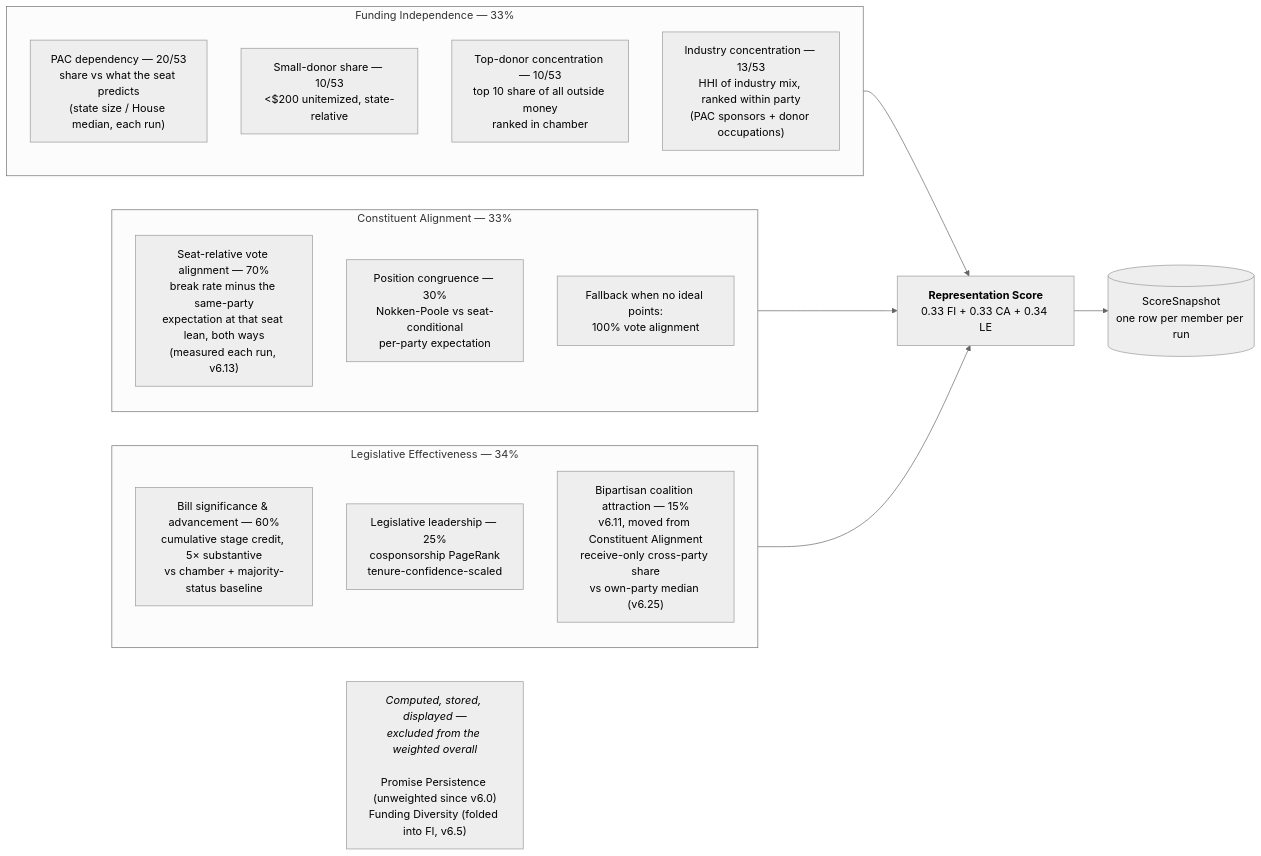
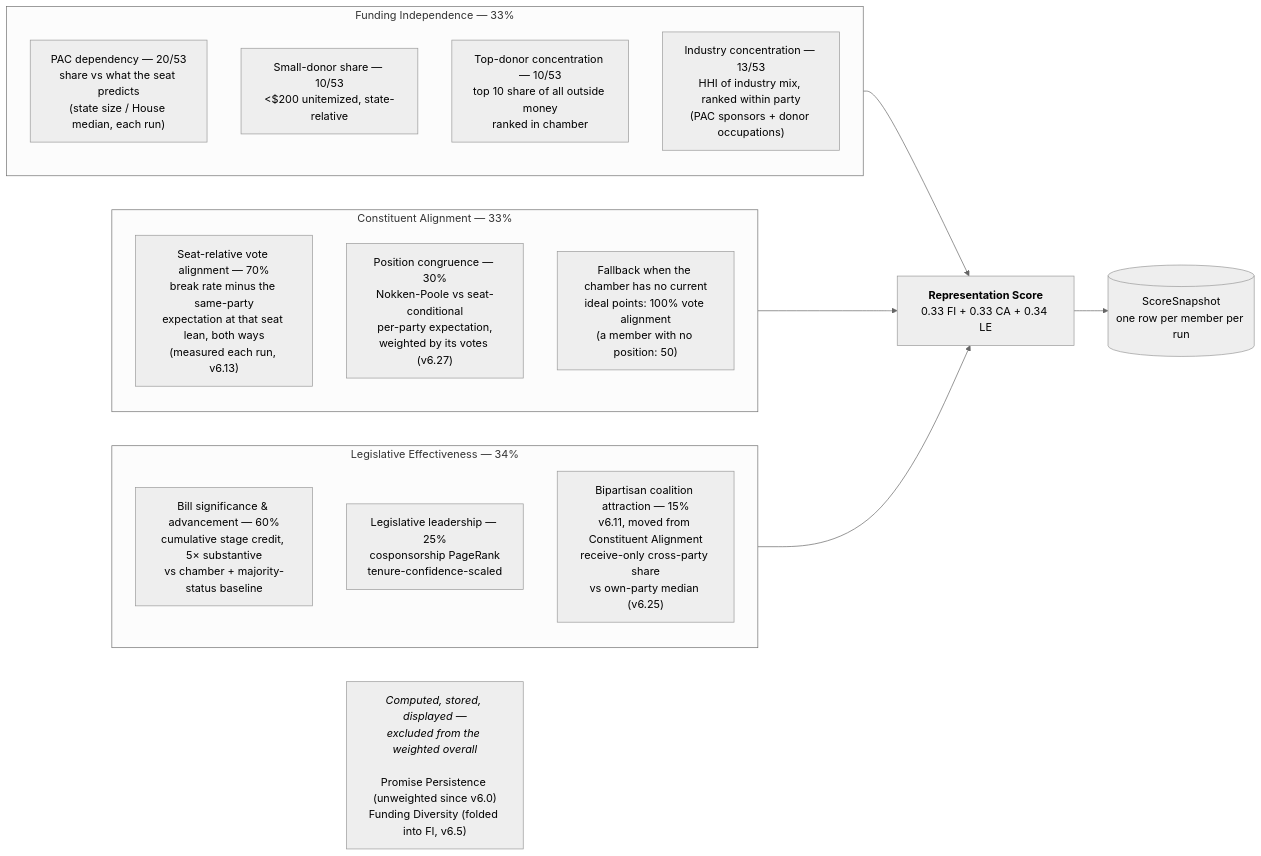
Before and after one commit to kamoras/civitas: the first of 3 diagrams in docs/diagrams/05-scoring.md, drawn with Mermaid (neutral theme). The commit also changed 27 other files, not shown here.

First line of the commit message:
Constituent Alignment v6.27: weight roll-call positions by the votes behind them (#811)

````diff
--- a/docs/diagrams/05-scoring.md
+++ b/docs/diagrams/05-scoring.md
@@ -17,29 +17,29 @@
 ```mermaid
 flowchart LR
     subgraph FI["Funding Independence — 33%"]
         FI1["PAC dependency — 20/53<br/>share vs what the seat predicts<br/>(state size / House median, each run)"]
         FI2["Small-donor share — 10/53<br/>&lt;$200 unitemized, state-relative"]
         FI3["Top-donor concentration — 10/53<br/>top 10 share of all outside money<br/>ranked in chamber"]
         FI5["Industry concentration — 13/53<br/>HHI of industry mix, ranked within party<br/>(PAC sponsors + donor occupations)"]
     end
 
     subgraph CA["Constituent Alignment — 33%"]
         CA1["Seat-relative vote alignment — 70%<br/>break rate minus the same-party<br/>expectation at that seat lean, both ways<br/>(measured each run, v6.13)"]
-        CA2["Position congruence — 30%<br/>Nokken-Poole vs seat-conditional<br/>per-party expectation"]
-        CA3["Fallback when no ideal points:<br/>100% vote alignment"]
+        CA2["Position congruence — 30%<br/>Nokken-Poole vs seat-conditional<br/>per-party expectation,<br/>weighted by its votes (v6.27)"]
+        CA3["Fallback when the chamber has no current<br/>ideal points: 100% vote alignment<br/>(a member with no position: 50)"]
     end
 
     subgraph LE["Legislative Effectiveness — 34%"]
         LE1["Bill significance &amp; advancement — 60%<br/>cumulative stage credit, 5× substantive<br/>vs chamber + majority-status baseline"]
         LE2["Legislative leadership — 25%<br/>cosponsorship PageRank<br/>tenure-confidence-scaled"]
         LE3["Bipartisan coalition attraction — 15%<br/>v6.11, moved from Constituent Alignment<br/>receive-only cross-party share<br/>vs own-party median (v6.25)"]
     end
 
     FI --> OVERALL["<b>Representation Score</b><br/>0.33 FI + 0.33 CA + 0.34 LE"]
     CA --> OVERALL
     LE --> OVERALL
 
     OVERALL --> SNAP[("ScoreSnapshot<br/>one row per member per run")]
 
     UNW["<i>Computed, stored, displayed —<br/>excluded from the weighted overall</i><br/><br/>Promise Persistence (unweighted since v6.0)<br/>Funding Diversity (folded into FI, v6.5)"]
 ```
````
